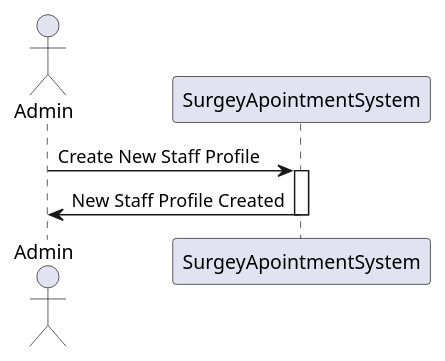
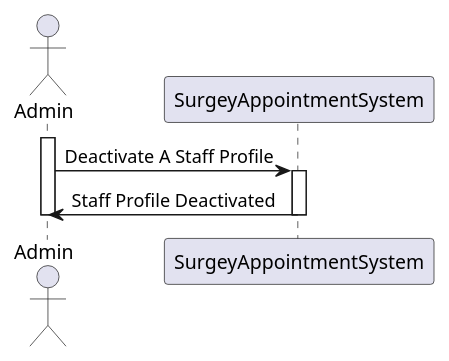
The diagram in docs/Sprint 1/US 5.1.14/SequenceDiagram/Level1/SequenceDiagram.puml (MateusCabral2004/sem5pi), drawn with PlantUML before and after one commit. The commit also changed 2 other files, not shown here.

Commit message:
#14 SequenceDiagram Level1,2,3

```diff
--- a/docs/Sprint 1/US 5.1.14/SequenceDiagram/Level1/SequenceDiagram.puml
+++ b/docs/Sprint 1/US 5.1.14/SequenceDiagram/Level1/SequenceDiagram.puml
@@ -1,11 +1,15 @@
 @startuml
 actor Admin
-participant SurgeyApointmentSystem
+participant SurgeyAppointmentSystem
 
-Admin -> SurgeyApointmentSystem : Create New Staff Profile
-activate SurgeyApointmentSystem
+activate Admin
 
-SurgeyApointmentSystem -> Admin : New Staff Profile Created
-deactivate SurgeyApointmentSystem
+Admin -> SurgeyAppointmentSystem : Deactivate A Staff Profile
+activate SurgeyAppointmentSystem
+
+SurgeyAppointmentSystem -> Admin : Staff Profile Deactivated
+deactivate SurgeyAppointmentSystem
+
+deactivate Admin
 
 @enduml
```
